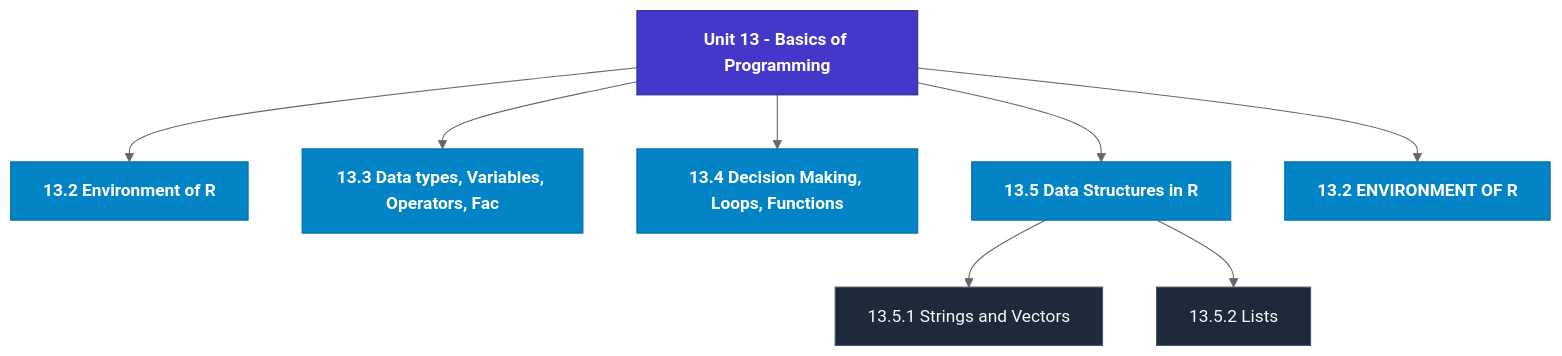
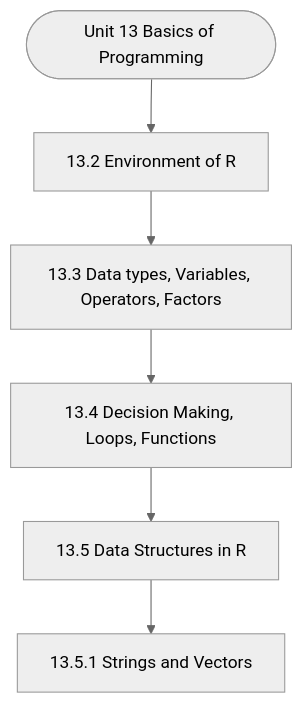
The diagram in notes/Semester_2/MCS-068_Predictive_Data_Analysis/unit_13_Basics_of_Programming.md (Asutosh-Coaching/mscdsa), drawn with Mermaid (neutral theme) before and after one commit. The commit also changed other lines of this file and 115 other files, not shown here.

Commit message:
Fix Mermaid layout for mobile, isolate LaTeX delimiters, and add GitHub Pages reader

````diff
--- a/notes/Semester_2/MCS-068_Predictive_Data_Analysis/unit_13_Basics_of_Programming.md
+++ b/notes/Semester_2/MCS-068_Predictive_Data_Analysis/unit_13_Basics_of_Programming.md
@@ -19,23 +19,14 @@
 ```mermaid
 flowchart TD
-  %% Styling Definitions
-  classDef head fill:#4338ca,stroke:#312e81,color:#ffffff,font-weight:bold;
-  classDef topic fill:#0284c7,stroke:#0369a1,color:#ffffff,font-weight:600;
-  classDef sub fill:#1e293b,stroke:#475569,color:#f8fafc;
-
-  Root["Unit 13 - Basics of Programming"]:::head
-  M1["13.2 Environment of R"]:::topic
-  Root --> M1
-  M2["13.3 Data types, Variables, Operators, Fac"]:::topic
-  Root --> M2
-  M3["13.4 Decision Making, Loops, Functions"]:::topic
-  Root --> M3
-  M4["13.5 Data Structures in R"]:::topic
-  Root --> M4
-  M4_1["13.5.1 Strings and Vectors"]:::sub
-  M4 --> M4_1
-  M4_2["13.5.2 Lists"]:::sub
-  M4 --> M4_2
-  M5["13.2 ENVIRONMENT OF R"]:::topic
-  Root --> M5
+  Start(["Unit 13 Basics of Programming"])
+  N1["13.2 Environment of R"]
+  N2["13.3 Data types, Variables, Operators, Factors"]
+  N3["13.4 Decision Making, Loops, Functions"]
+  N4["13.5 Data Structures in R"]
+  N5["13.5.1 Strings and Vectors"]
+  Start --> N1
+  N1 --> N2
+  N2 --> N3
+  N3 --> N4
+  N4 --> N5
 ```
````
